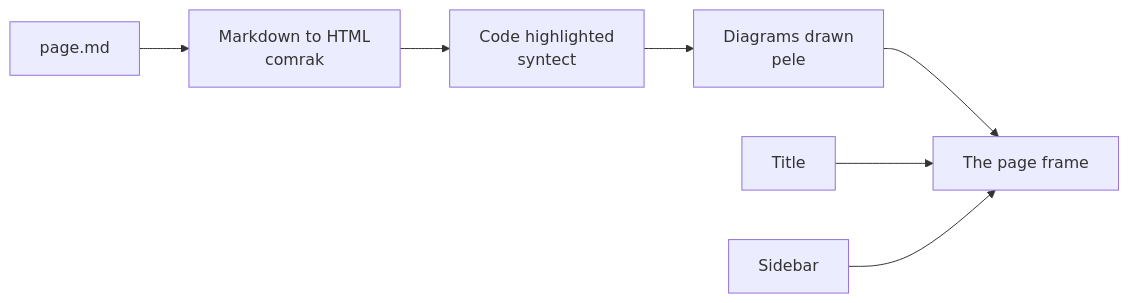
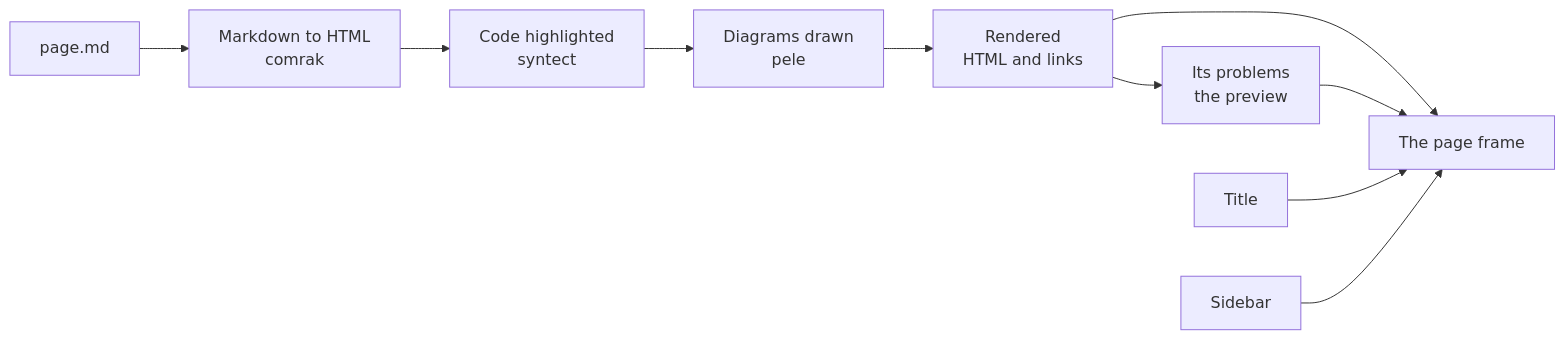
One commit to andrei512/devpage changed the diagram in docs/boxes/viewer/rendering-a-page/README.md. Above: the diagram before and after it, drawn with Mermaid. The commit also changed other lines of this file and 55 other files, not shown here.

First line of the commit message:
page: render in two phases — content, then frame — with ids for check

````diff
--- a/docs/boxes/viewer/rendering-a-page/README.md
+++ b/docs/boxes/viewer/rendering-a-page/README.md
@@ -10,15 +11,20 @@
 ```mermaid
 flowchart LR
   md["page.md"] --> comrak["Markdown to HTML<br/>comrak"]
   comrak --> code["Code highlighted<br/>syntect"]
   code --> diagrams["Diagrams drawn<br/>pele"]
-  diagrams --> frame["The page frame"]
+  diagrams --> rendered["Rendered<br/>HTML and links"]
+  rendered --> problems["Its problems<br/>the preview"]
+  rendered --> frame["The page frame"]
+  problems --> frame
   title["Title"] --> frame
   side["Sidebar"] --> frame
   click comrak href "#markdown-to-html" "Markdown to HTML"
   click code href "#highlighted-code" "Highlighted code"
   click diagrams href "#diagrams" "Diagrams"
+  click rendered href "#two-phases" "Two phases"
+  click problems href "../checking-links/README.md#in-the-preview" "In the preview"
   click title href "#the-title-and-the-sidebar" "The title and the sidebar"
   click side href "#the-title-and-the-sidebar" "The title and the sidebar"
   click frame href "#the-page-frame" "The page frame"
 ```
````
